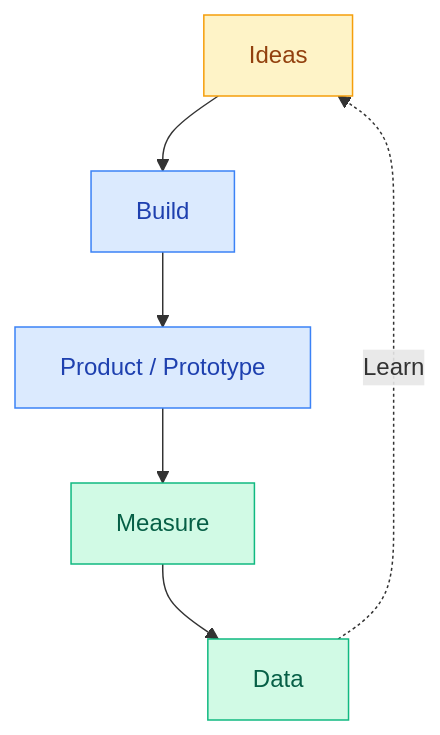
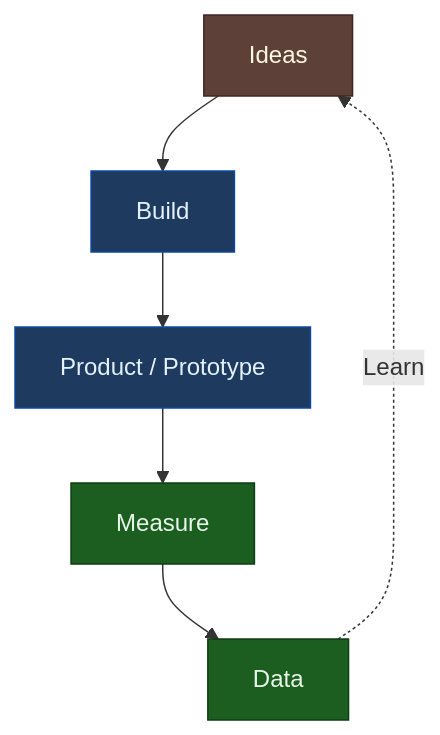
One commit to smileynet/ui-optimizer changed the diagram in docs/product-design/explanation/lean-ux.md. Above: the diagram before and after it, drawn with Mermaid. The commit also changed 13 other files, not shown here.

````diff
--- a/docs/product-design/explanation/lean-ux.md
+++ b/docs/product-design/explanation/lean-ux.md
@@ -23,12 +23,15 @@
 ```mermaid
 flowchart TB
-    classDef ideate fill:#FEF3C7,stroke:#F59E0B,color:#92400E
-    classDef build fill:#DBEAFE,stroke:#3B82F6,color:#1E40AF
-    classDef measure fill:#D1FAE5,stroke:#10B981,color:#065F46
+    classDef ideate fill:#5D4037,stroke:#3E2723,color:#FFF8E1
+    classDef build fill:#1E3A5F,stroke:#0D47A1,color:#E3F2FD
+    classDef measure fill:#1B5E20,stroke:#0D3D13,color:#E8F5E9
     
-    IDEAS[Ideas]:::ideate --> BUILD[Build]:::build
-    BUILD --> PRODUCT[Product / Prototype]:::build
-    PRODUCT --> MEASURE[Measure]:::measure
-    MEASURE --> DATA[Data]:::measure
+    IDEAS[Ideas]:::ideate
+    BUILD[Build]:::build
+    PRODUCT[Product / Prototype]:::build
+    MEASURE[Measure]:::measure
+    DATA[Data]:::measure
+    
+    IDEAS --> BUILD --> PRODUCT --> MEASURE --> DATA
     DATA -.->|Learn| IDEAS
 ```
````
